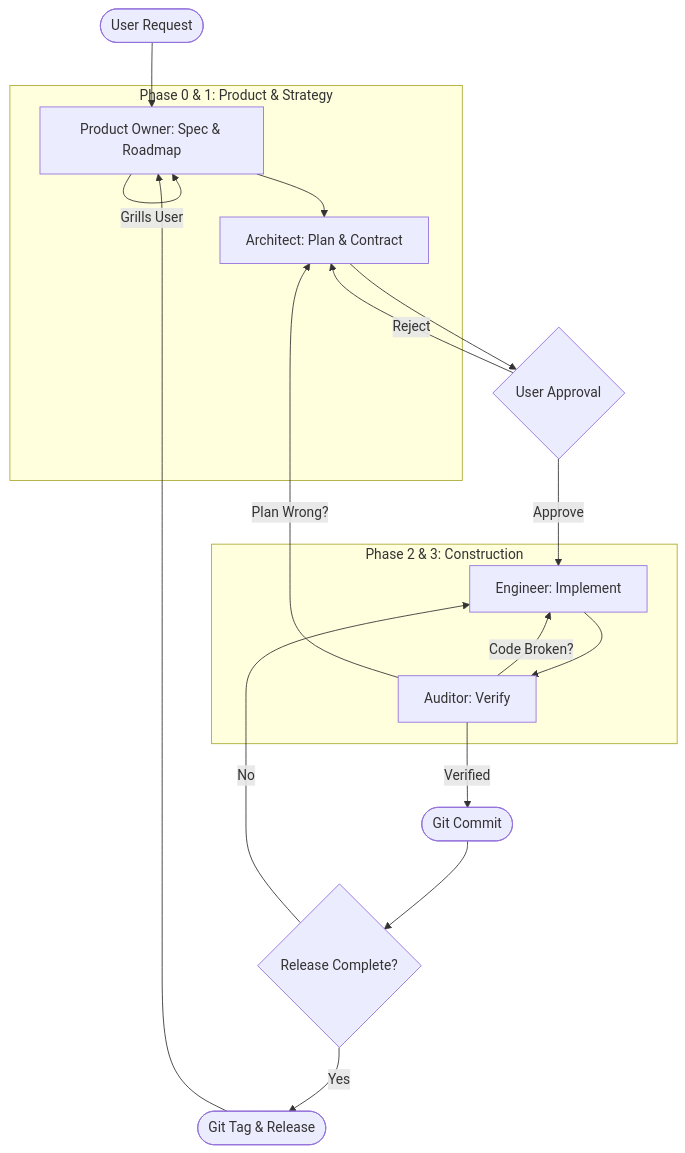
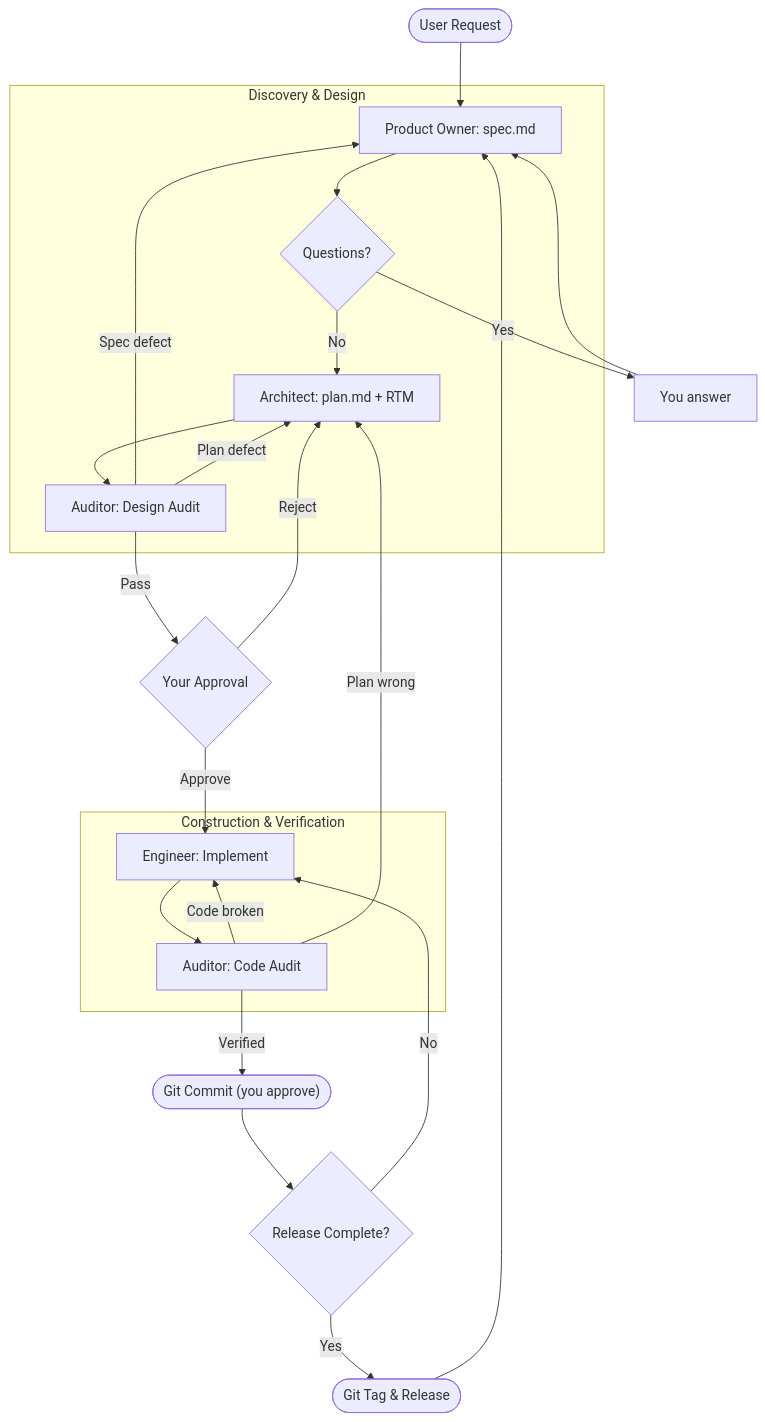
Before and after one commit to jjdelorme/plan-commands: the diagram in README.md, drawn with Mermaid. The commit also changed other lines of this file and 8 other files, not shown here.

First line of the commit message:
feat: elevate swarm to v3.0.0 with design audit, RTM traceability, and domain invariants

````diff
--- a/README.md
+++ b/README.md
@@ -50,34 +43,37 @@
 ```mermaid
 graph TD
-    %% Roles
-    subgraph "Phase 0 & 1: Product & Strategy"
-        PO["Product Owner: Spec & Roadmap"]
-        Architect["Architect: Plan & Contract"]
+    subgraph "Discovery & Design"
+        PO["Product Owner: spec.md"]
+        Questions{"Questions?"}
+        Architect["Architect: plan.md + RTM"]
+        DesignAudit["Auditor: Design Audit"]
     end
 
-    subgraph "Phase 2 & 3: Construction"
+    subgraph "Construction & Verification"
         Engineer["Engineer: Implement"]
-        Auditor["Auditor: Verify"]
+        CodeAudit["Auditor: Code Audit"]
     end
 
-    %% Flow
     Start(["User Request"]) --> PO
-    PO -- Grills User --> PO
-    PO --> Architect
-    Architect --> Review{"User Approval"}
+    PO --> Questions
+    Questions -- "Yes" --> User["You answer"] --> PO
+    Questions -- "No" --> Architect
+    Architect --> DesignAudit
 
-    Review -- Reject --> Architect
-    Review -- Approve --> Engineer
+    DesignAudit -- "Spec defect" --> PO
+    DesignAudit -- "Plan defect" --> Architect
+    DesignAudit -- "Pass" --> Review{"Your Approval"}
 
-    Engineer --> Auditor
+    Review -- "Reject" --> Architect
+    Review -- "Approve" --> Engineer
 
-    %% The Three-Way Fork
-    Auditor -- Code Broken? --> Engineer
-    Auditor -- Plan Wrong? --> Architect
-    Auditor -- Verified --> Commit(["Git Commit"])
-    
+    Engineer --> CodeAudit
+    CodeAudit -- "Code broken" --> Engineer
+    CodeAudit -- "Plan wrong" --> Architect
+    CodeAudit -- "Verified" --> Commit(["Git Commit (you approve)"])
+
     Commit --> CheckRelease{"Release Complete?"}
-    CheckRelease -- No --> Engineer
-    CheckRelease -- Yes --> Tag(["Git Tag & Release"])
+    CheckRelease -- "No" --> Engineer
+    CheckRelease -- "Yes" --> Tag(["Git Tag & Release"])
     Tag --> PO
 ```
````
